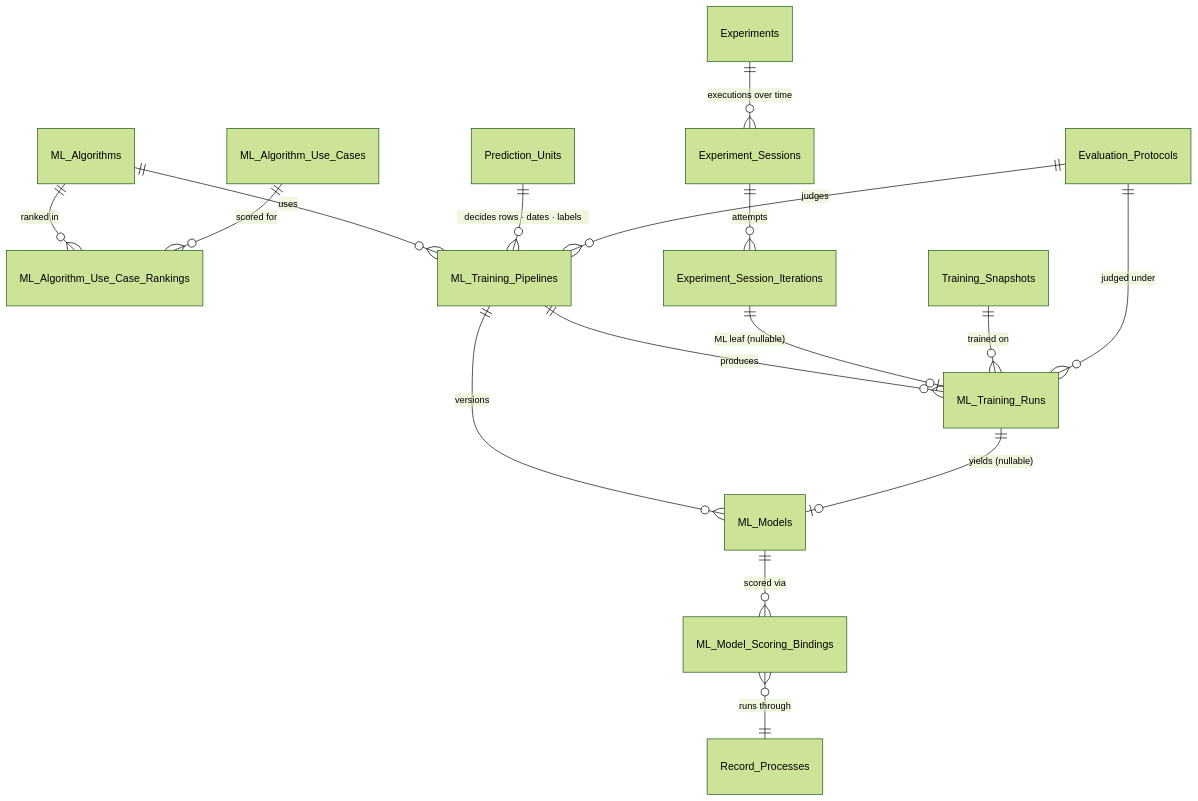
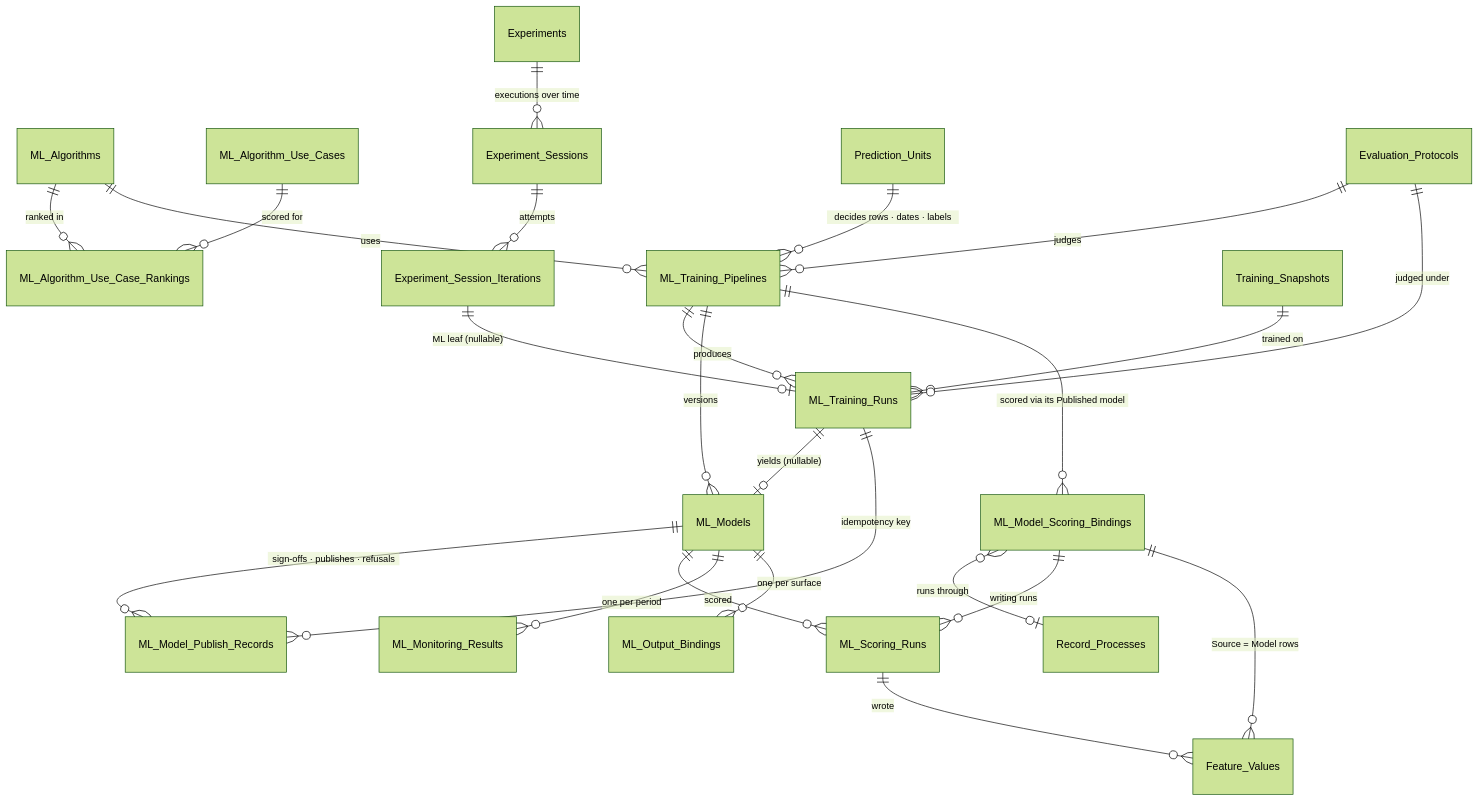
One commit to MemberJunction/MJ changed the eighth of 13 diagrams in guides/PREDICTIVE_STUDIO_GUIDE.md. Above: the diagram before and after it, drawn with Mermaid (forest theme). The commit also changed other lines of this file and 1 other file, not shown here.

````diff
--- a/guides/PREDICTIVE_STUDIO_GUIDE.md
+++ b/guides/PREDICTIVE_STUDIO_GUIDE.md
@@ -552,18 +595,26 @@
 ```mermaid
 erDiagram
     ML_Algorithms ||--o{ ML_Algorithm_Use_Case_Rankings : "ranked in"
     ML_Algorithm_Use_Cases ||--o{ ML_Algorithm_Use_Case_Rankings : "scored for"
     ML_Algorithms ||--o{ ML_Training_Pipelines : "uses"
     ML_Training_Pipelines ||--o{ ML_Training_Runs : "produces"
     ML_Training_Pipelines ||--o{ ML_Models : "versions"
     ML_Training_Runs ||--o| ML_Models : "yields (nullable)"
     Experiments ||--o{ Experiment_Sessions : "executions over time"
     Experiment_Sessions ||--o{ Experiment_Session_Iterations : "attempts"
     Experiment_Session_Iterations ||--o| ML_Training_Runs : "ML leaf (nullable)"
     Prediction_Units ||--o{ ML_Training_Pipelines : "decides rows · dates · labels"
     Evaluation_Protocols ||--o{ ML_Training_Pipelines : "judges"
     Training_Snapshots ||--o{ ML_Training_Runs : "trained on"
     Evaluation_Protocols ||--o{ ML_Training_Runs : "judged under"
-    ML_Models ||--o{ ML_Model_Scoring_Bindings : "scored via"
-    ML_Model_Scoring_Bindings }o--|| Record_Processes : "runs through"
+    ML_Training_Pipelines ||--o{ ML_Model_Scoring_Bindings : "scored via its Published model"
+    ML_Model_Scoring_Bindings }o--o| Record_Processes : "runs through"
+    ML_Models ||--o{ ML_Model_Publish_Records : "sign-offs · publishes · refusals"
+    ML_Training_Runs ||--o{ ML_Model_Publish_Records : "idempotency key"
+    ML_Models ||--o{ ML_Scoring_Runs : "scored"
+    ML_Model_Scoring_Bindings ||--o{ ML_Scoring_Runs : "writing runs"
+    ML_Models ||--o{ ML_Monitoring_Results : "one per period"
+    ML_Models ||--o{ ML_Output_Bindings : "one per surface"
+    ML_Model_Scoring_Bindings ||--o{ Feature_Values : "Source = Model rows"
+    ML_Scoring_Runs ||--o{ Feature_Values : "wrote"
 ```
````
